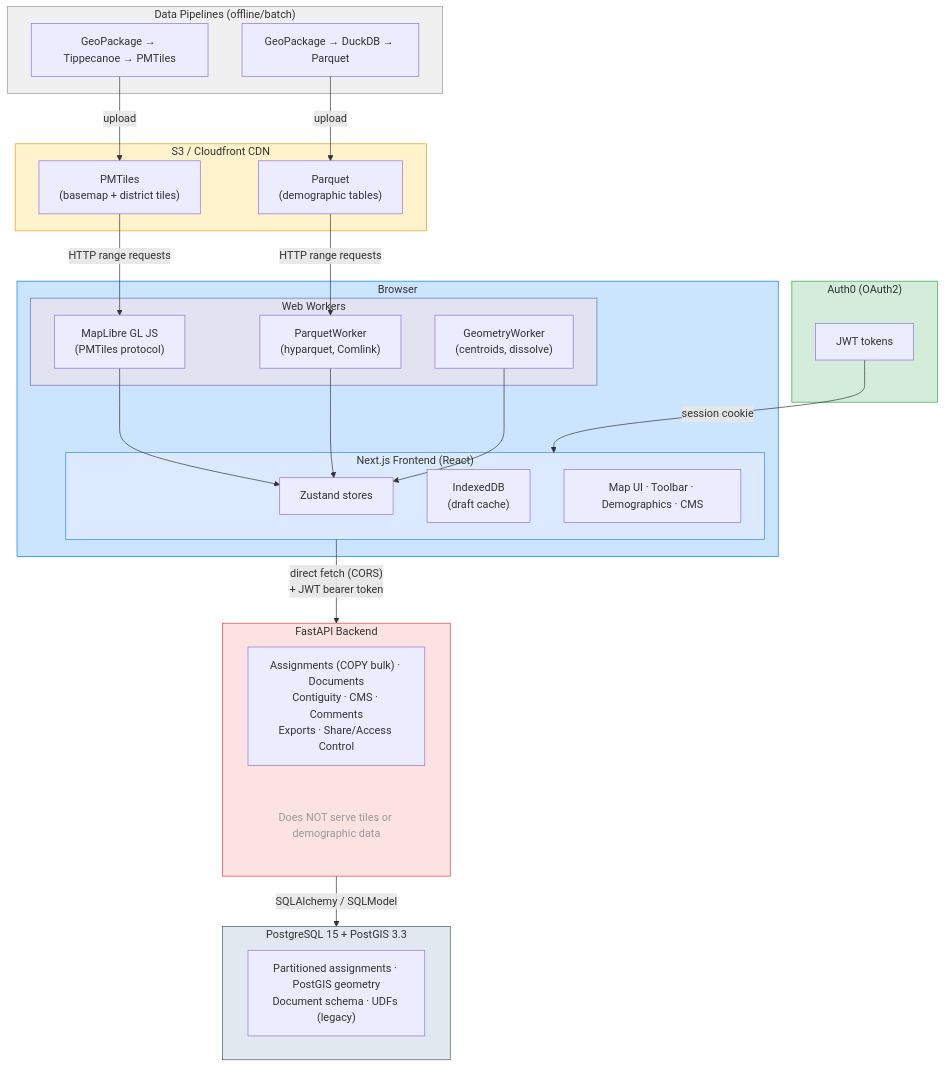
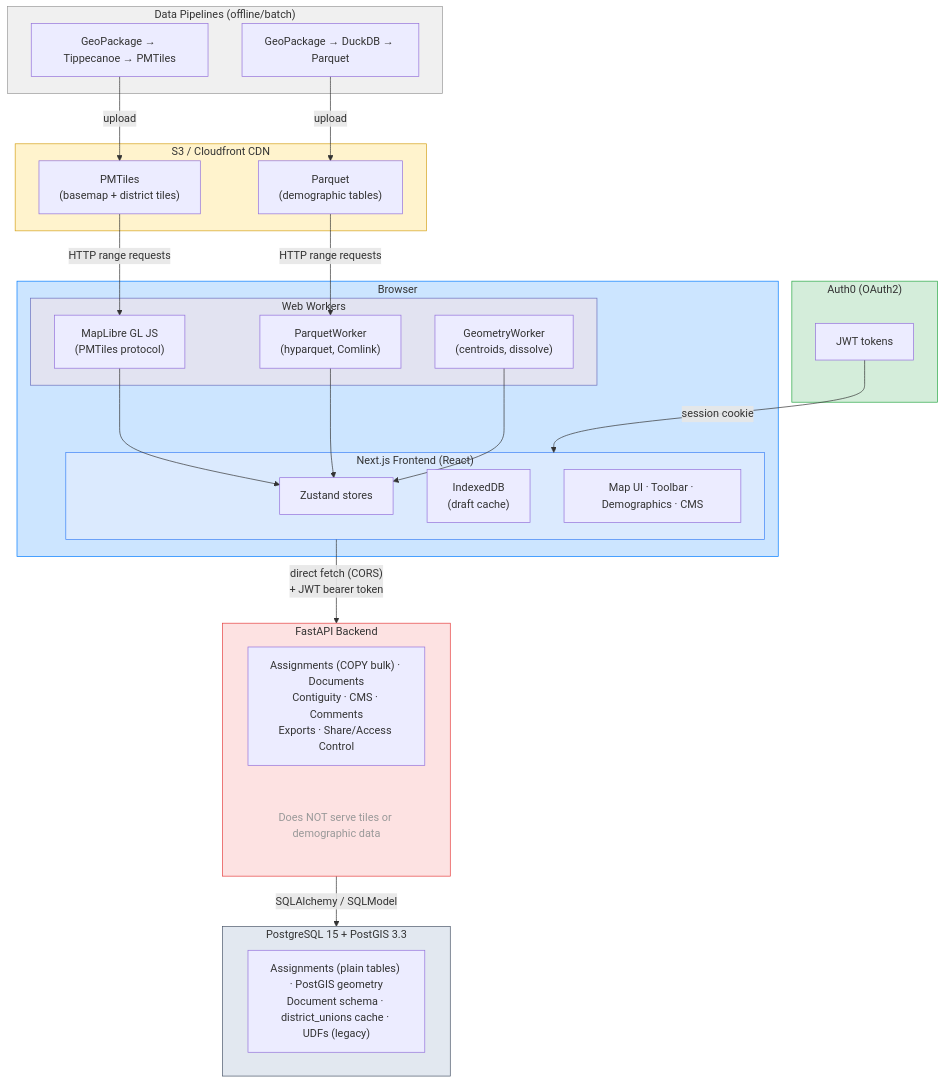
The diagram in .agents/ARCHITECTURE.md (districtr/districtr-v2), drawn with Mermaid before and after one commit. The commit also changed other lines of this file and 3 other files, not shown here.

````diff
--- a/.agents/ARCHITECTURE.md
+++ b/.agents/ARCHITECTURE.md
@@ -7,59 +7,59 @@
 ```mermaid
 graph TD
     subgraph Pipelines["Data Pipelines (offline/batch)"]
         P1["GeoPackage → Tippecanoe → PMTiles"]
         P2["GeoPackage → DuckDB → Parquet"]
     end
 
     subgraph S3["S3 / Cloudfront CDN"]
         Tiles["PMTiles<br/>(basemap + district tiles)"]
         Parquet["Parquet<br/>(demographic tables)"]
     end
 
     subgraph Auth["Auth0 (OAuth2)"]
         JWT["JWT tokens"]
     end
 
     subgraph Browser["Browser"]
         subgraph Workers["Web Workers"]
             MapLibre["MapLibre GL JS<br/>(PMTiles protocol)"]
             PW["ParquetWorker<br/>(hyparquet, Comlink)"]
             GW["GeometryWorker<br/>(centroids, dissolve)"]
         end
         subgraph App["Next.js Frontend (React)"]
             Zustand["Zustand stores"]
             IDB["IndexedDB<br/>(draft cache)"]
             UI["Map UI · Toolbar · Demographics · CMS"]
         end
     end
 
     subgraph API["FastAPI Backend"]
         Endpoints["Assignments (COPY bulk) · Documents<br/>Contiguity · CMS · Comments<br/>Exports · Share/Access Control"]
         Note["Does NOT serve tiles or demographic data"]
     end
 
     subgraph DB["PostgreSQL 15 + PostGIS 3.3"]
-        Tables["Partitioned assignments · PostGIS geometry<br/>Document schema · UDFs (legacy)"]
+        Tables["Assignments (plain tables) · PostGIS geometry<br/>Document schema · district_unions cache · UDFs (legacy)"]
     end
 
     P1 -->|upload| Tiles
     P2 -->|upload| Parquet
     Tiles -->|HTTP range requests| MapLibre
     Parquet -->|HTTP range requests| PW
     JWT -->|session cookie| App
     MapLibre --> Zustand
     PW --> Zustand
     GW --> Zustand
     App -->|"direct fetch (CORS)<br/>+ JWT bearer token"| API
     API -->|SQLAlchemy / SQLModel| DB
 
     style Pipelines fill:#f0f0f0,stroke:#999
     style S3 fill:#fff3cd,stroke:#d4a017
     style Auth fill:#d4edda,stroke:#28a745
     style Browser fill:#cce5ff,stroke:#007bff
     style Workers fill:#e2e3f1,stroke:#6c6fbd
     style App fill:#dbeafe,stroke:#3b82f6
     style API fill:#fde2e2,stroke:#e53e3e
     style DB fill:#e2e8f0,stroke:#4a5568
     style Note fill:none,stroke:none,color:#999
 ```
````
